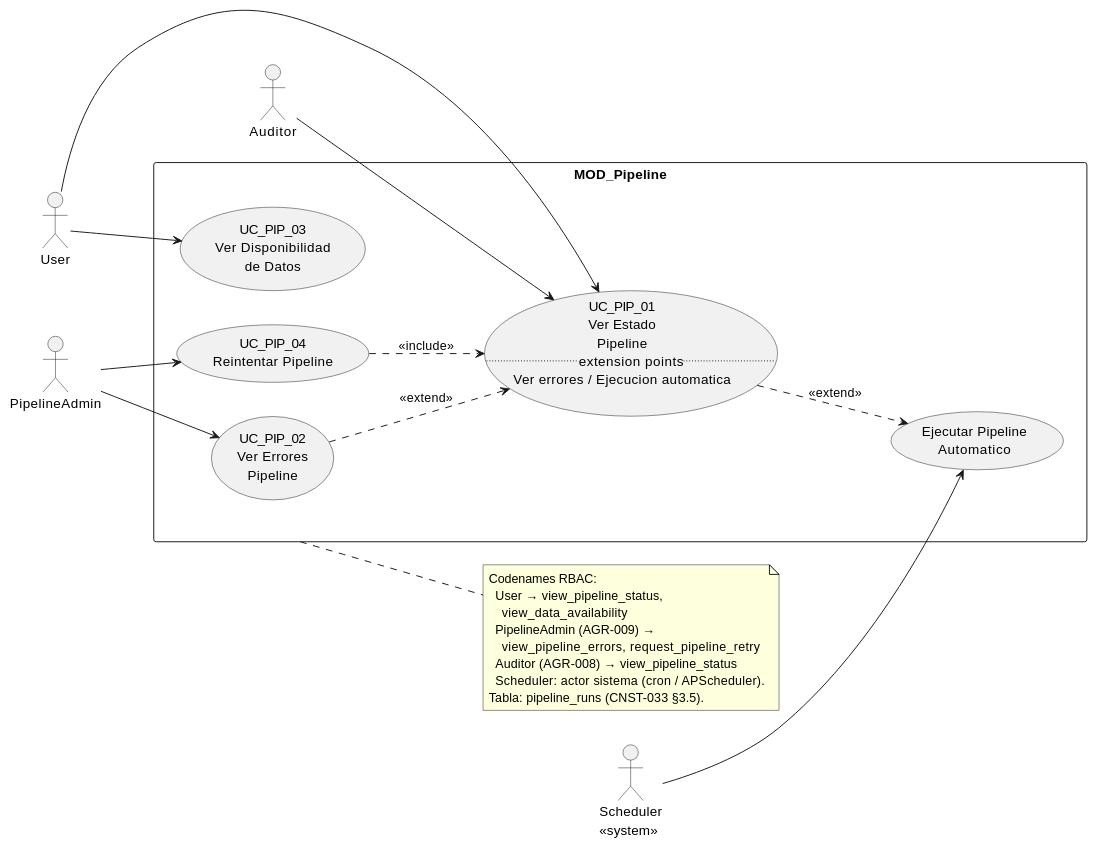
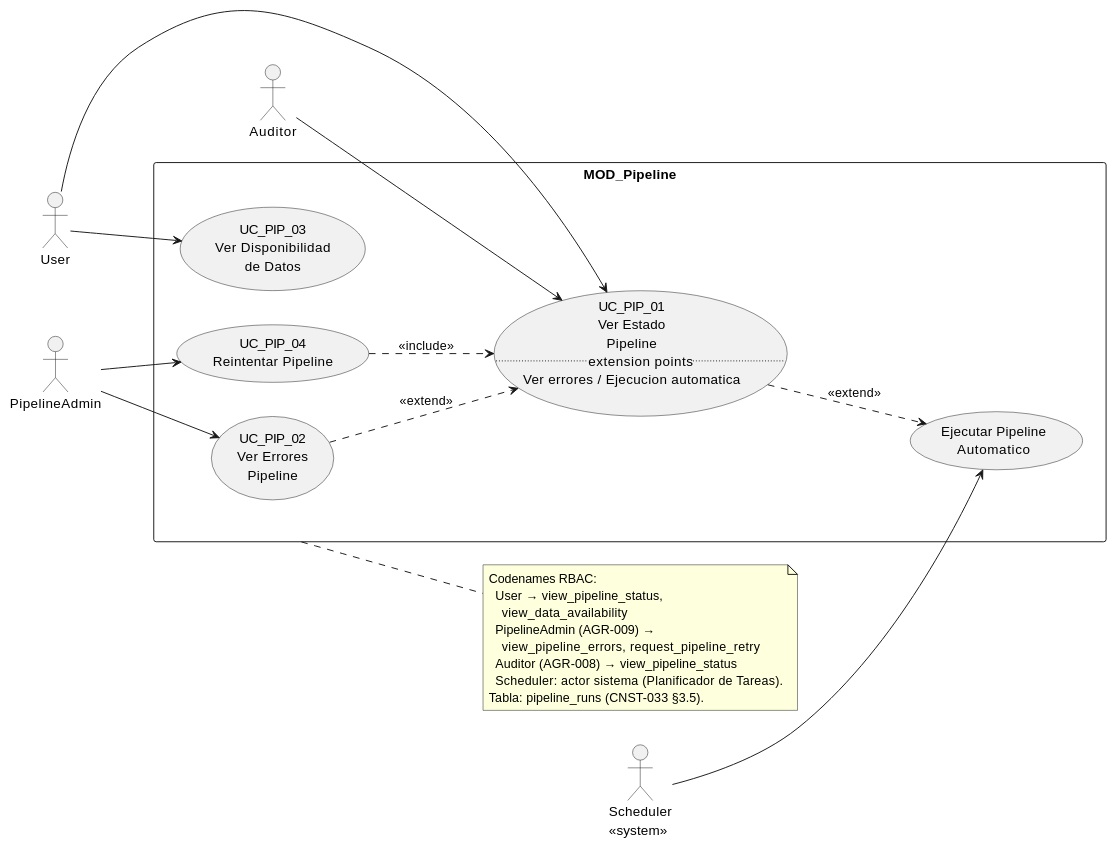
One commit to jcg-admin/IACT-docs changed the diagram in source/arquitectura-tecnica/use-case-view/pipeline/index.rst. Above: the diagram before and after it, drawn with PlantUML. The commit also changed other lines of this file, not shown here.

```diff
--- a/source/arquitectura-tecnica/use-case-view/pipeline/index.rst
+++ b/source/arquitectura-tecnica/use-case-view/pipeline/index.rst
@@ -24,43 +24,43 @@
 .. uml::
  :caption: MOD_Pipeline — PipelineAdmin gestiona;
            Scheduler ejecuta automáticamente; Auditor lee.
 
  @startuml
  left to right direction
 
  actor User
  actor PipelineAdmin
  actor Auditor
  actor "Scheduler\n<<system>>" as Scheduler
 
  rectangle "MOD_Pipeline" as MOD_Pipeline {
    usecase "UC_PIP_01\nVer Estado\nPipeline\n.. extension points ..\nVer errores / Ejecucion automatica" as VER_ESTADO
    usecase "UC_PIP_02\nVer Errores\nPipeline" as VER_ERRORES
    usecase "UC_PIP_03\nVer Disponibilidad\nde Datos" as VER_DISPONIBILIDAD
    usecase "UC_PIP_04\nReintentar Pipeline" as REINTENTAR
    usecase "Ejecutar Pipeline\nAutomatico" as EJECUCION_AUTO
  }
 
  User          --> VER_ESTADO
  User          --> VER_DISPONIBILIDAD
  PipelineAdmin --> VER_ERRORES
  PipelineAdmin --> REINTENTAR
  Auditor       --> VER_ESTADO
  Scheduler     --> EJECUCION_AUTO
 
  VER_ERRORES ..> VER_ESTADO : <<extend>>
  REINTENTAR ..> VER_ESTADO : <<include>>
  VER_ESTADO ..> EJECUCION_AUTO : <<extend>>
 
  note right of MOD_Pipeline
    Codenames RBAC:
      User → view_pipeline_status,
        view_data_availability
      PipelineAdmin (AGR-009) →
        view_pipeline_errors, request_pipeline_retry
      Auditor (AGR-008) → view_pipeline_status
-     Scheduler: actor sistema (cron / APScheduler).
+     Scheduler: actor sistema (Planificador de Tareas).
    Tabla: pipeline_runs (CNST-033 §3.5).
  end note
 
  @enduml
```
